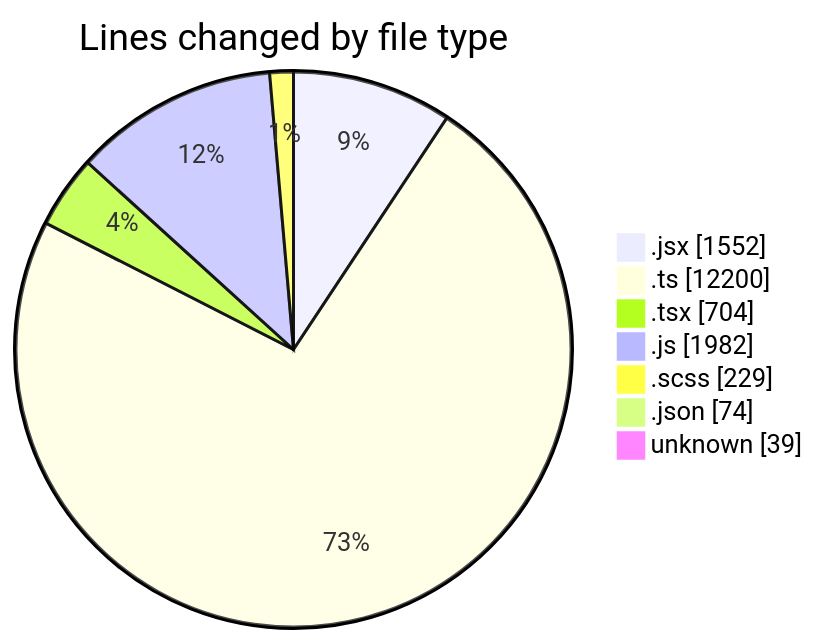
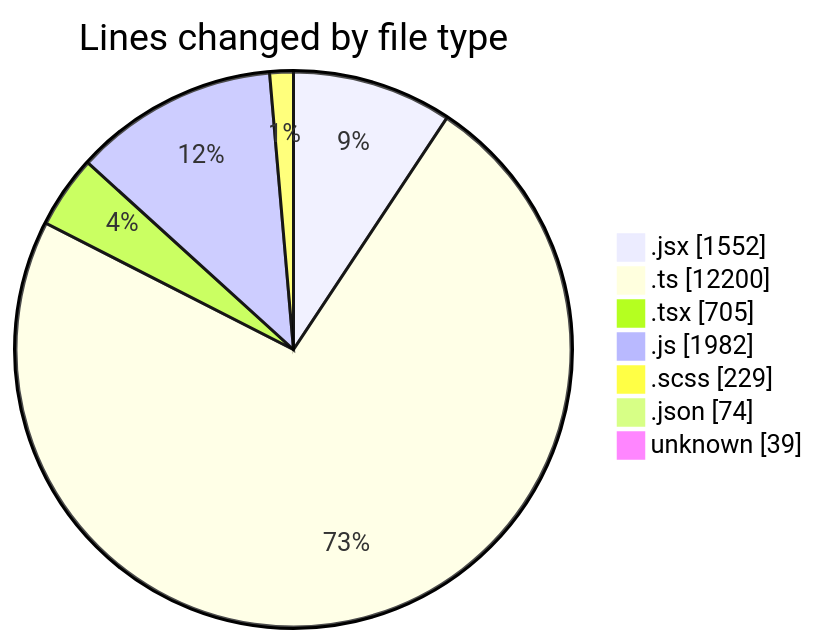
Before and after one commit to momahboobian/code-tracking: the first of 2 diagrams in 2025-06-05/cda/README.md, drawn with Mermaid. The commit also changed other lines of this file and 1 other file, not shown here.

````diff
--- a/2025-06-05/cda/README.md
+++ b/2025-06-05/cda/README.md
@@ -42,11 +42,11 @@
 ```mermaid
 pie showData
 title Lines changed by file type
 ".jsx" : 1552
 ".ts" : 12200
-".tsx" : 704
+".tsx" : 705
 ".js" : 1982
 ".scss" : 229
 ".json" : 74
 "unknown" : 39
 ```
````
